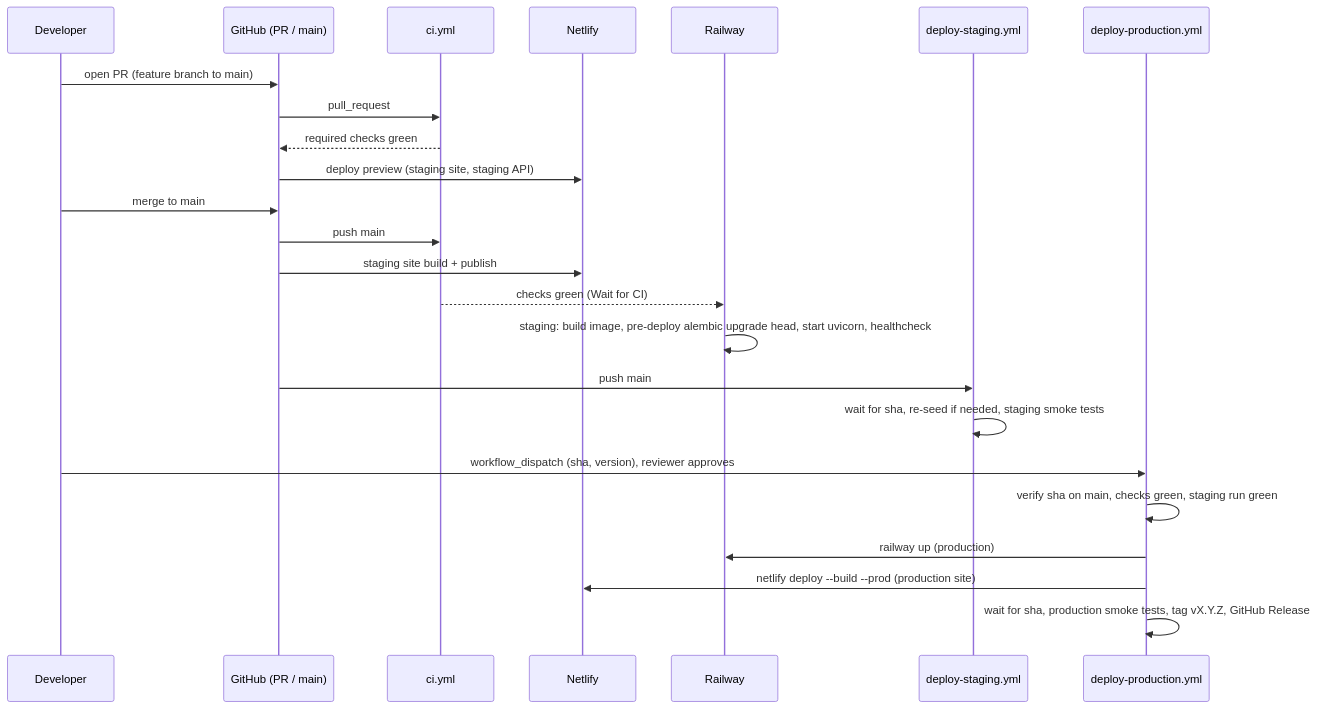
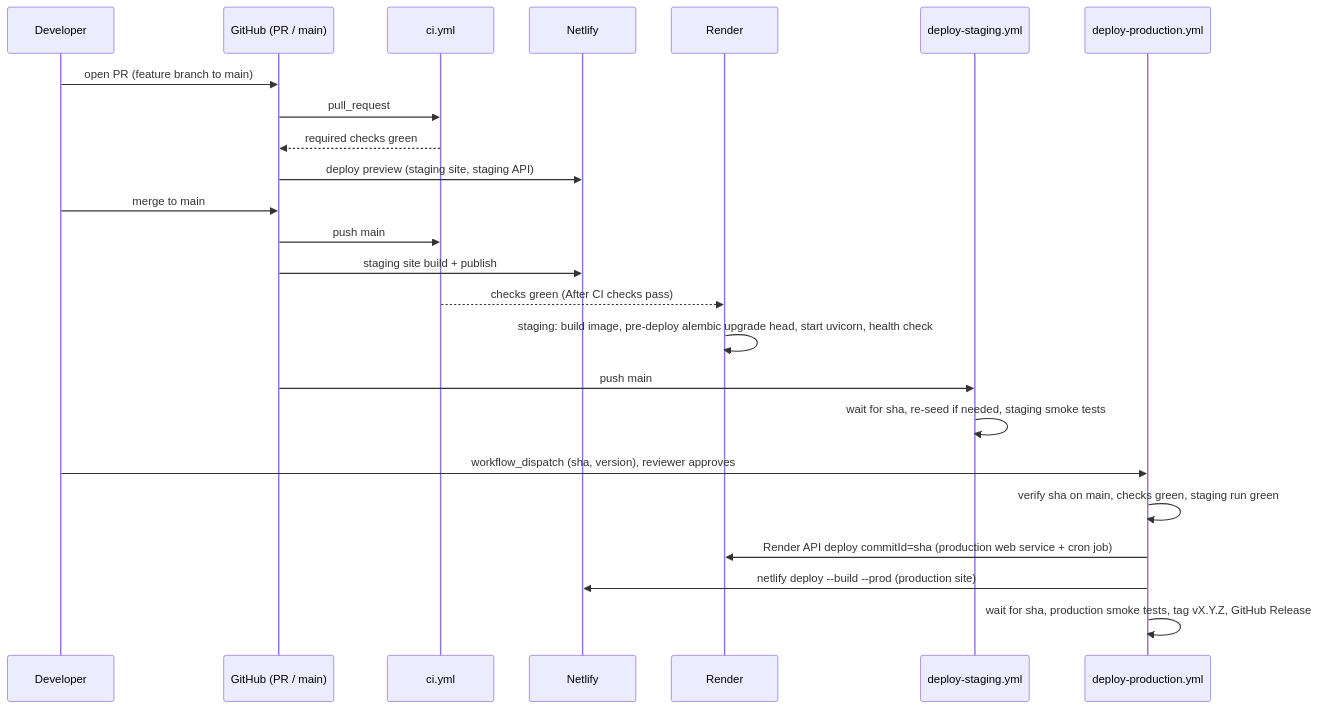
The diagram in specs/TRD/16_CI_CD_Pipeline_Spec.md (EchoWellApp/echowell), drawn with Mermaid before and after one commit. The commit also changed other lines of this file and 60 other files, not shown here.

First line of the commit message:
docs(deploy): move the interim backend host from Railway to Render (D-153)

````diff
--- a/specs/TRD/16_CI_CD_Pipeline_Spec.md
+++ b/specs/TRD/16_CI_CD_Pipeline_Spec.md
@@ -77,26 +77,26 @@
 ```mermaid
 sequenceDiagram
   participant Dev as Developer
   participant GH as GitHub (PR / main)
   participant CI as ci.yml
   participant NF as Netlify
-  participant RW as Railway
+  participant RW as Render
   participant DS as deploy-staging.yml
   participant DV as deploy-production.yml
   Dev->>GH: open PR (feature branch to main)
   GH->>CI: pull_request
   CI-->>GH: required checks green
   GH->>NF: deploy preview (staging site, staging API)
   Dev->>GH: merge to main
   GH->>CI: push main
   GH->>NF: staging site build + publish
-  CI-->>RW: checks green (Wait for CI)
-  RW->>RW: staging: build image, pre-deploy alembic upgrade head, start uvicorn, healthcheck
+  CI-->>RW: checks green (After CI checks pass)
+  RW->>RW: staging: build image, pre-deploy alembic upgrade head, start uvicorn, health check
   GH->>DS: push main
   DS->>DS: wait for sha, re-seed if needed, staging smoke tests
   Dev->>DV: workflow_dispatch (sha, version), reviewer approves
   DV->>DV: verify sha on main, checks green, staging run green
-  DV->>RW: railway up (production)
+  DV->>RW: Render API deploy commitId=sha (production web service + cron job)
   DV->>NF: netlify deploy --build --prod (production site)
   DV->>DV: wait for sha, production smoke tests, tag vX.Y.Z, GitHub Release
 ```
````
